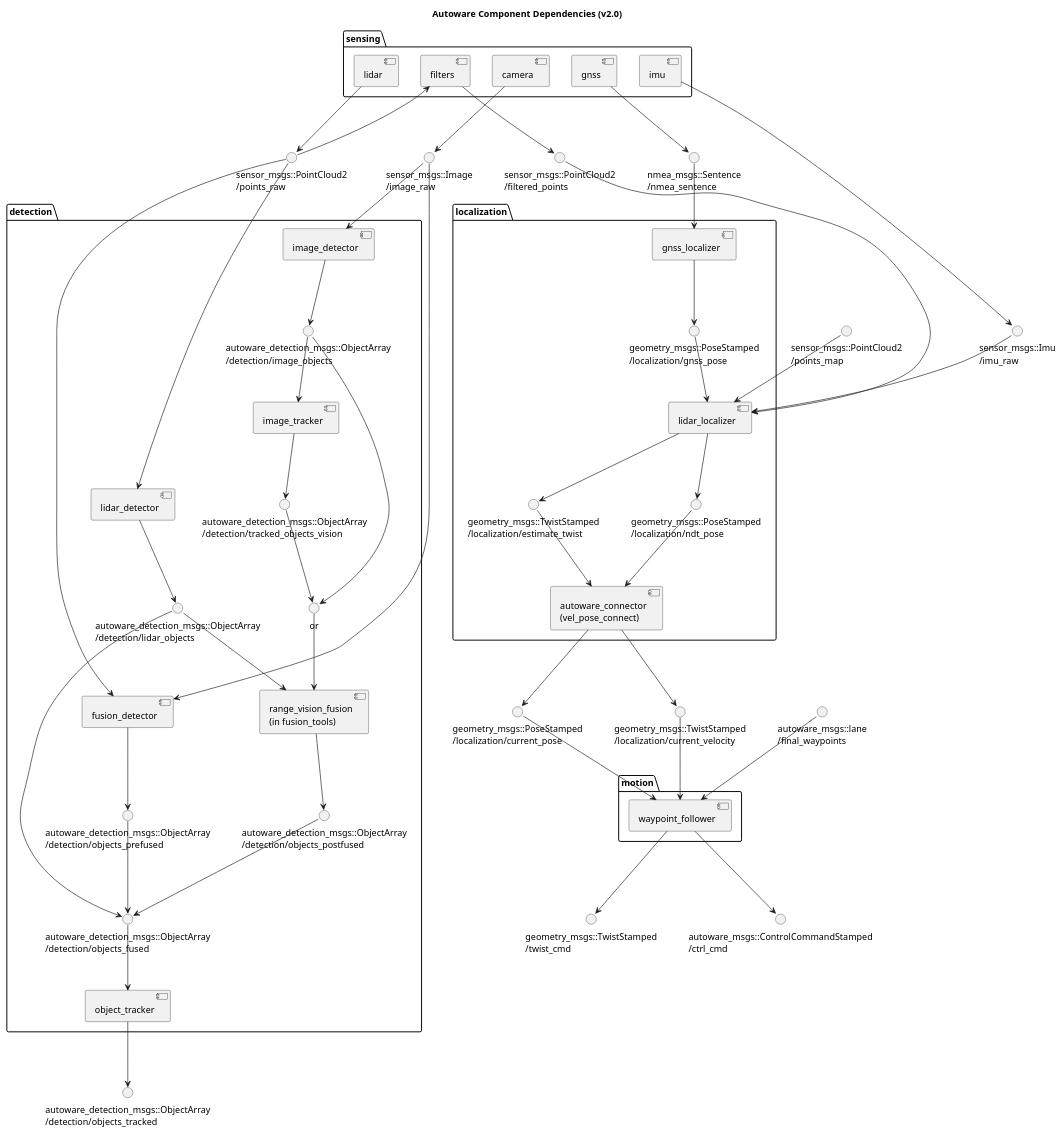
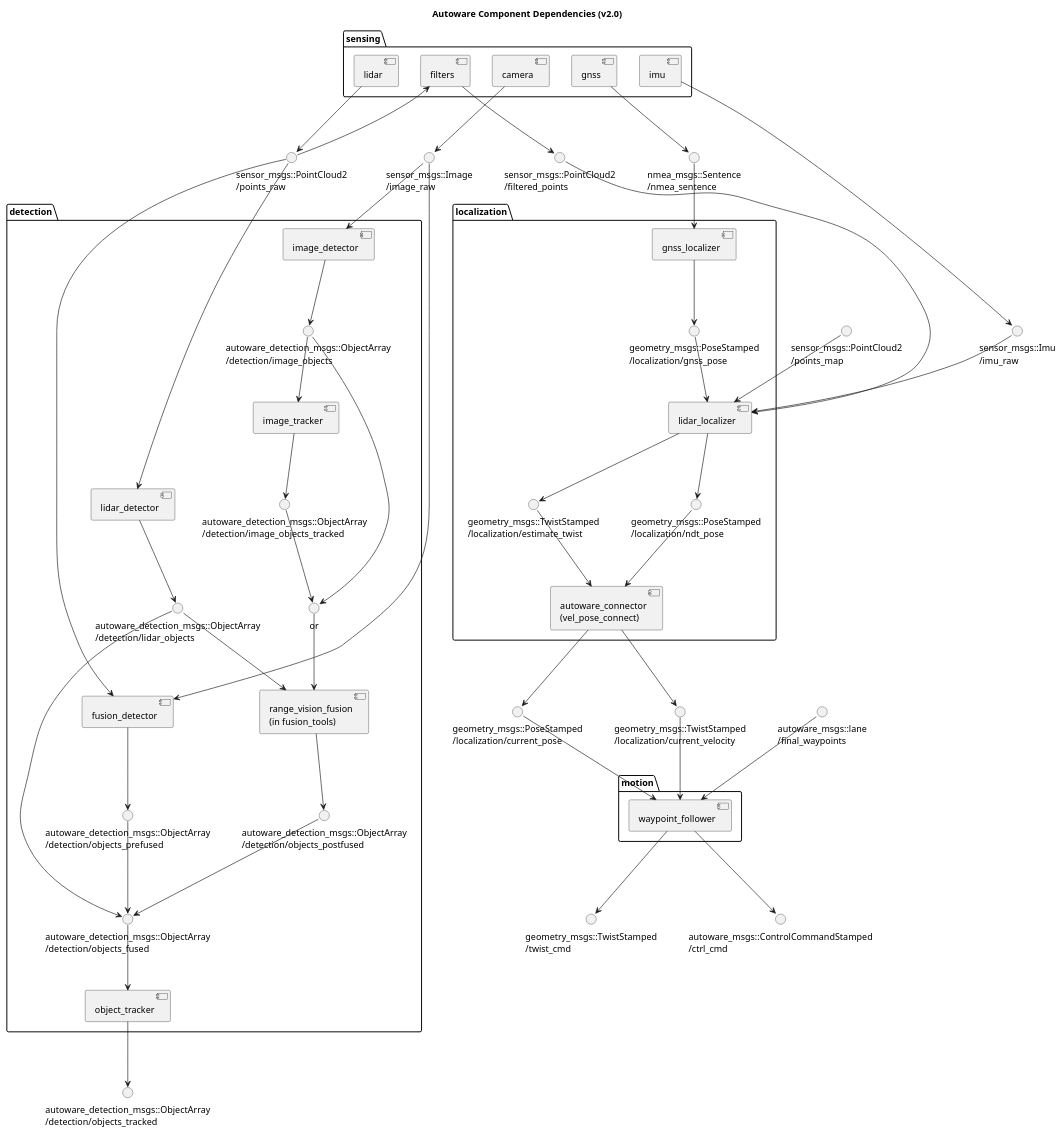
Before and after one commit to heyuliang/Autoware: the diagram in docs/architecture/ComponentDiagram.pu, drawn with PlantUML.

Commit message:
Rename tracked_objects_vision to image_objects_tracked

```diff
--- a/docs/architecture/ComponentDiagram.pu
+++ b/docs/architecture/ComponentDiagram.pu
@@ -1,154 +1,154 @@
 @startuml
 
 title Autoware Component Dependencies (v2.0)
 
 () "sensor_msgs::Image\n/image_raw" as image_raw
 () "sensor_msgs::PointCloud2\n/points_raw" as points_raw
 () "sensor_msgs::PointCloud2\n/filtered_points" as filtered_points
 () "sensor_msgs::Imu\n/imu_raw" as imu_raw 
 () "nmea_msgs::Sentence\n/nmea_sentence" as nmea_sentence
 
 folder sensing {
     [camera]
     'outputs
     camera --> image_raw
 
     [lidar]
     'outputs
     lidar --> points_raw
 
     [filters]
     'inputs
     points_raw --> filters
     'outputs
     filters --> filtered_points
 
     [imu]
     'outputs
     imu --> imu_raw
 
     [gnss]
     'outputs
     gnss --> nmea_sentence
 }
 
 () "autoware_detection_msgs::ObjectArray\n/detection/objects_tracked" as objects_tracked
 '() "autoware_detection_msgs::TrafficLight\n/detection/traffic_light_color" as traffic_light_color
 
 folder detection {
     () "autoware_detection_msgs::ObjectArray\n/detection/image_objects" as detected_objects_vision
-    () "autoware_detection_msgs::ObjectArray\n/detection/tracked_objects_vision" as tracked_objects_vision
+    () "autoware_detection_msgs::ObjectArray\n/detection/image_objects_tracked" as image_objects_tracked
     () "or" as image_objects
     () "autoware_detection_msgs::ObjectArray\n/detection/lidar_objects" as detected_objects_lidar
     () "autoware_detection_msgs::ObjectArray\n/detection/objects_postfused" as detected_objects_combined
     () "autoware_detection_msgs::ObjectArray\n/detection/objects_prefused" as detected_objects_fused
     () "autoware_detection_msgs::ObjectArray\n/detection/objects_fused" as objects_fused
 
     [image_detector]
     'inputs
     image_raw --> image_detector
     'outputs
     image_detector --> detected_objects_vision
 
     [image_tracker]
     'inputs
     detected_objects_vision --> image_tracker
     'outputs
-    image_tracker --> tracked_objects_vision
+    image_tracker --> image_objects_tracked
 
     [lidar_detector]
     'inputs
     points_raw --> lidar_detector
     'outputs
     lidar_detector --> detected_objects_lidar
 
     [fusion_detector]
     'inputs
     image_raw --> fusion_detector
     points_raw --> fusion_detector
     'outputs
     fusion_detector --> detected_objects_fused
 
     [range_vision_fusion\n(in fusion_tools)] as fusion_tools
     'inputs
     image_objects --> fusion_tools
     detected_objects_lidar --> fusion_tools
     'outputs
     fusion_tools --> detected_objects_combined
 
     'connection
     detected_objects_vision --> image_objects
-    tracked_objects_vision --> image_objects
+    image_objects_tracked --> image_objects
 
     detected_objects_lidar --> objects_fused
     detected_objects_combined --> objects_fused
     detected_objects_fused --> objects_fused
 
     [object_tracker]
     'inputs
     objects_fused --> object_tracker
     'outputs
     object_tracker --> objects_tracked
 
     '[trafficlight_recognizer]
     'inputs
     'image_raw --> trafficlight_recognizer
     'outputs
     'trafficlight_recognizer --> traffic_light_color
 }
 
 'lidar_localizer
 () "sensor_msgs::PointCloud2\n/points_map" as points_map
 
 'vel_pose_connect
 () "geometry_msgs::PoseStamped\n/localization/current_pose" as current_pose
 () "geometry_msgs::TwistStamped\n/localization/current_velocity" as current_velocity
 
 folder localization {
     () "geometry_msgs::PoseStamped\n/localization/gnss_pose" as gnss_pose
     () "geometry_msgs::TwistStamped\n/localization/estimate_twist" as estimate_twist
     () "geometry_msgs::PoseStamped\n/localization/ndt_pose" as ndt_pose
 
     [gnss_localizer]
     'inputs
     nmea_sentence --> gnss_localizer
     'outputs
     gnss_localizer --> gnss_pose
 
     [lidar_localizer]
     'inputs
     gnss_pose --> lidar_localizer
     filtered_points --> lidar_localizer
     points_map --> lidar_localizer
     imu_raw --> lidar_localizer
     'outputs
     lidar_localizer --> estimate_twist
     lidar_localizer --> ndt_pose
 
     [autoware_connector\n(vel_pose_connect)] as vel_pose_connect
     'inputs
     estimate_twist --> vel_pose_connect
     ndt_pose --> vel_pose_connect
     'outputs
     vel_pose_connect --> current_pose
     vel_pose_connect --> current_velocity
 
     '[dead_reckoner] @ Autoware v2.0
 }
 
 () "autoware_msgs::lane\n/final_waypoints" as final_waypoints
 () "geometry_msgs::TwistStamped\n/twist_cmd" as twist_cmd
 () "autoware_msgs::ControlCommandStamped\n/ctrl_cmd" as ctrl_cmd
 
 folder motion {
     [waypoint_follower]
     'inputs
     current_pose --> waypoint_follower
     current_velocity --> waypoint_follower
     final_waypoints --> waypoint_follower
     'outputs
     waypoint_follower --> twist_cmd
     waypoint_follower --> ctrl_cmd
 }
 
 @enduml
```
